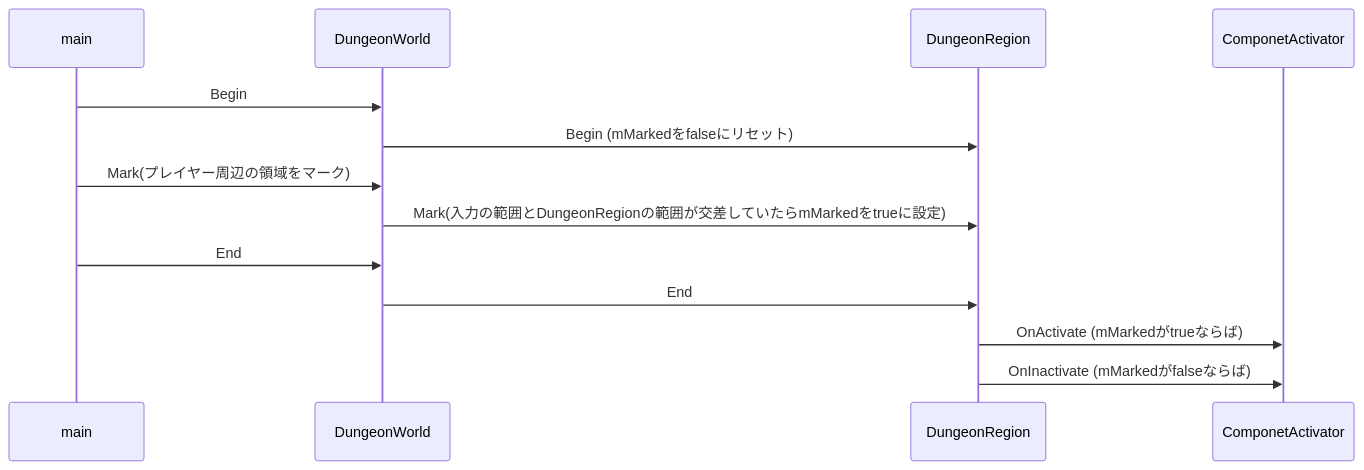
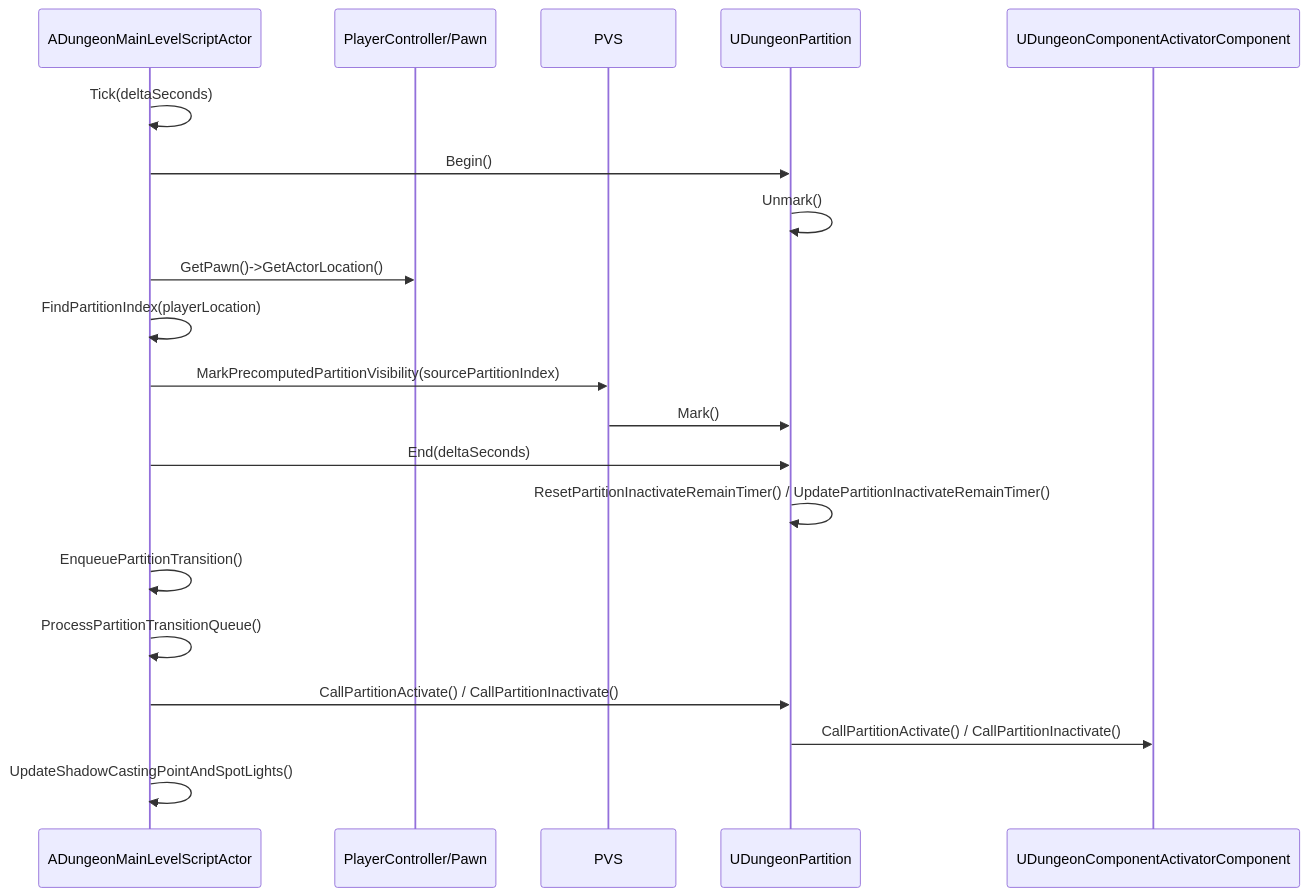
Before and after one commit to shun126/DungeonGenerator: the third of 4 diagrams in Source/DungeonGenerator/Private/MainLevel/README.md, drawn with Mermaid. The commit also changed other lines of this file and 52 other files, not shown here.

````diff
--- a/Source/DungeonGenerator/Private/MainLevel/README.md
+++ b/Source/DungeonGenerator/Private/MainLevel/README.md
@@ -64,13 +93,23 @@
 ```mermaid
 sequenceDiagram
-    main ->> DungeonWorld : Begin
-    DungeonWorld ->> DungeonRegion : Begin (mMarkedをfalseにリセット)
+    participant LevelScript as ADungeonMainLevelScriptActor
+    participant Player as PlayerController/Pawn
+    participant PVS
+    participant Partition as UDungeonPartition
+    participant Activator as UDungeonComponentActivatorComponent
 
-    main ->> DungeonWorld : Mark(プレイヤー周辺の領域をマーク)
-    DungeonWorld ->> DungeonRegion : Mark(入力の範囲とDungeonRegionの範囲が交差していたらmMarkedをtrueに設定)
-
-    main ->> DungeonWorld : End
-    DungeonWorld ->> DungeonRegion : End
-    DungeonRegion ->>ComponetActivator : OnActivate (mMarkedがtrueならば)
-    DungeonRegion ->>ComponetActivator : OnInactivate (mMarkedがfalseならば)
+    LevelScript ->> LevelScript : Tick(deltaSeconds)
+    LevelScript ->> Partition : Begin()
+    Partition ->> Partition : Unmark()
+    LevelScript ->> Player : GetPawn()->GetActorLocation()
+    LevelScript ->> LevelScript : FindPartitionIndex(playerLocation)
+    LevelScript ->> PVS : MarkPrecomputedPartitionVisibility(sourcePartitionIndex)
+    PVS ->> Partition : Mark()
+    LevelScript ->> Partition : End(deltaSeconds)
+    Partition ->> Partition : ResetPartitionInactivateRemainTimer() / UpdatePartitionInactivateRemainTimer()
+    LevelScript ->> LevelScript : EnqueuePartitionTransition()
+    LevelScript ->> LevelScript : ProcessPartitionTransitionQueue()
+    LevelScript ->> Partition : CallPartitionActivate() / CallPartitionInactivate()
+    Partition ->> Activator : CallPartitionActivate() / CallPartitionInactivate()
+    LevelScript ->> LevelScript : UpdateShadowCastingPointAndSpotLights()
 ```
````
